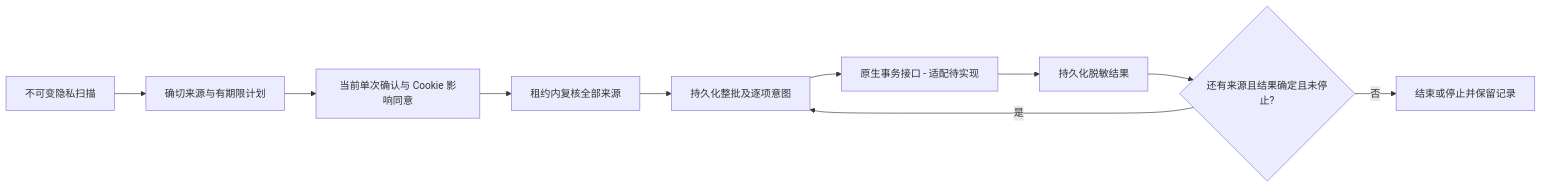
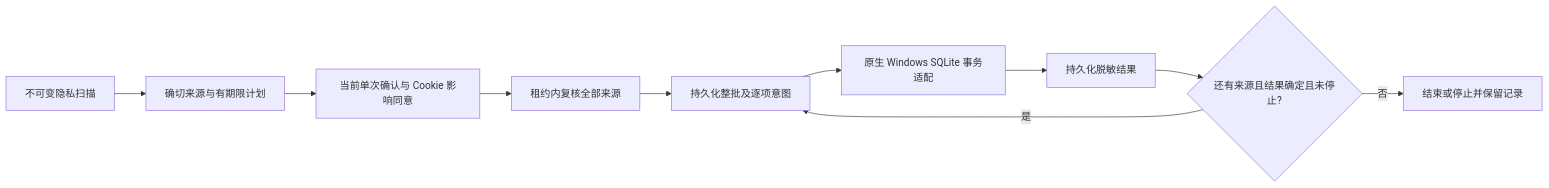
One commit to limecloud/shou changed the first of 7 diagrams in docs/zh-CN/engineering/privacy-cleaning.md. Above: the diagram before and after it, drawn with Mermaid. The commit also changed other lines of this file and 167 other files, not shown here.

````diff
--- a/docs/zh-CN/engineering/privacy-cleaning.md
+++ b/docs/zh-CN/engineering/privacy-cleaning.md
@@ -26,12 +28,12 @@
 ```mermaid
 flowchart LR
     Scan[不可变隐私扫描] --> Plan[确切来源与有期限计划]
     Plan --> Consent[当前单次确认与 Cookie 影响同意]
     Consent --> Preflight[租约内复核全部来源]
     Preflight --> Intent[持久化整批及逐项意图]
-    Intent --> Native[原生事务接口 - 适配待实现]
+    Intent --> Native[原生 Windows SQLite 事务适配]
     Native --> Receipt[持久化脱敏结果]
     Receipt --> Next{还有来源且结果确定且未停止?}
     Next -->|是| Intent
     Next -->|否| Stop[结束或停止并保留记录]
 ```
````
